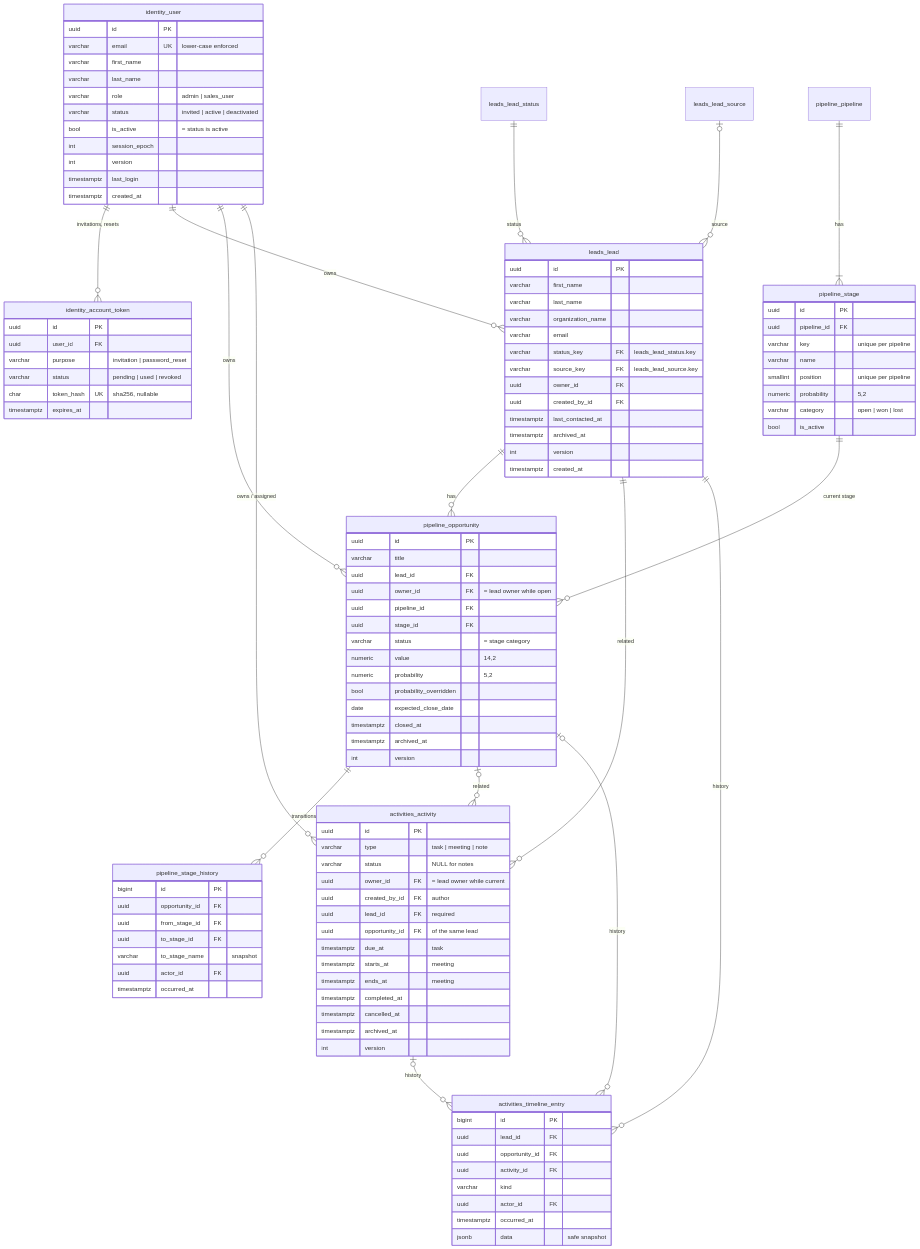
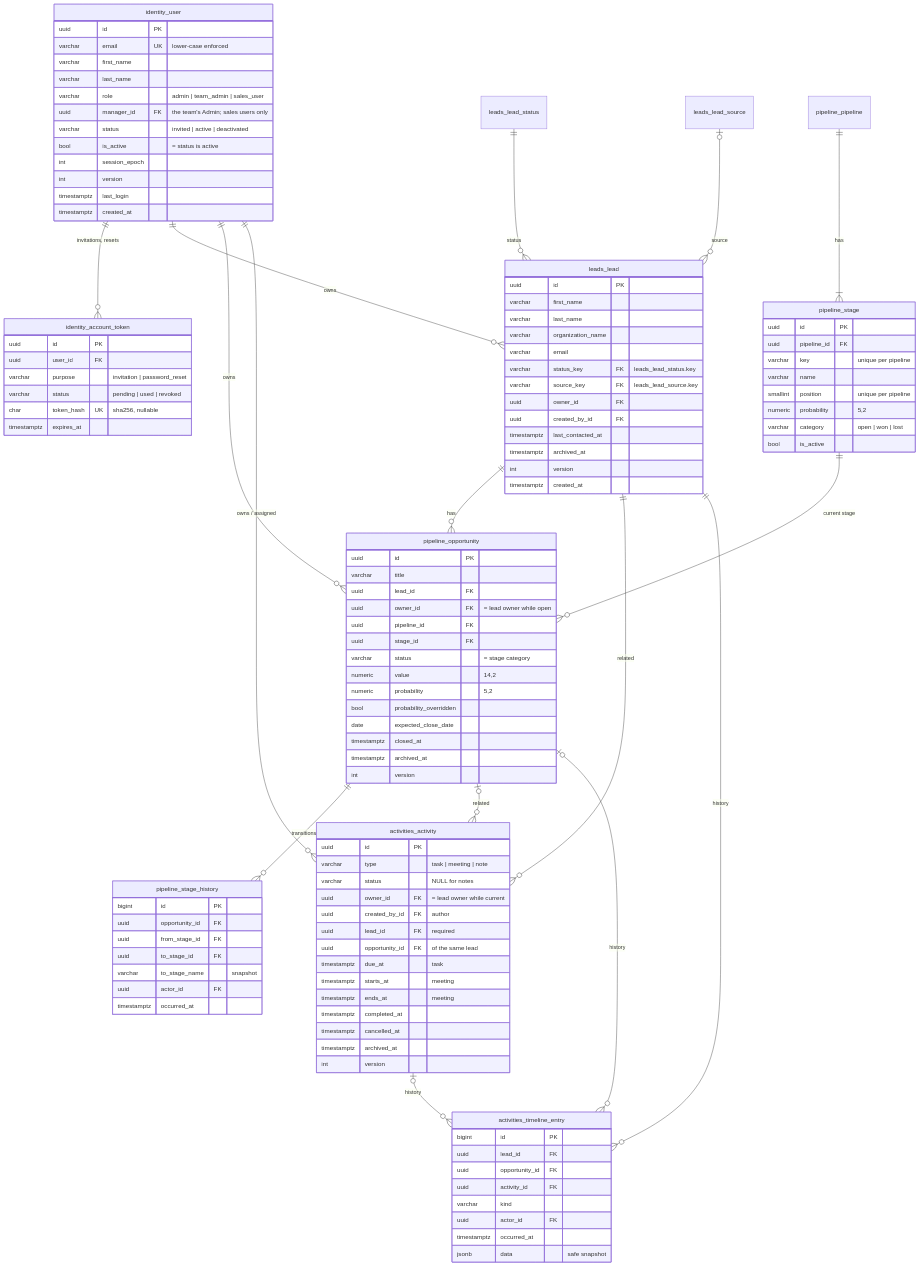
Before and after one commit to Aman03305/Arkray-CRM: the diagram in docs/database.md, drawn with Mermaid. The commit also changed other lines of this file and 132 other files, not shown here.

```diff
--- a/docs/database.md
+++ b/docs/database.md
@@ -47,7 +47,8 @@
         varchar email UK "lower-case enforced"
         varchar first_name
         varchar last_name
-        varchar role "admin | sales_user"
+        varchar role "admin | team_admin | sales_user"
+        uuid manager_id FK "the team's Admin; sales users only"
         varchar status "invited | active | deactivated"
         bool is_active "= status is active"
         int session_epoch
```
